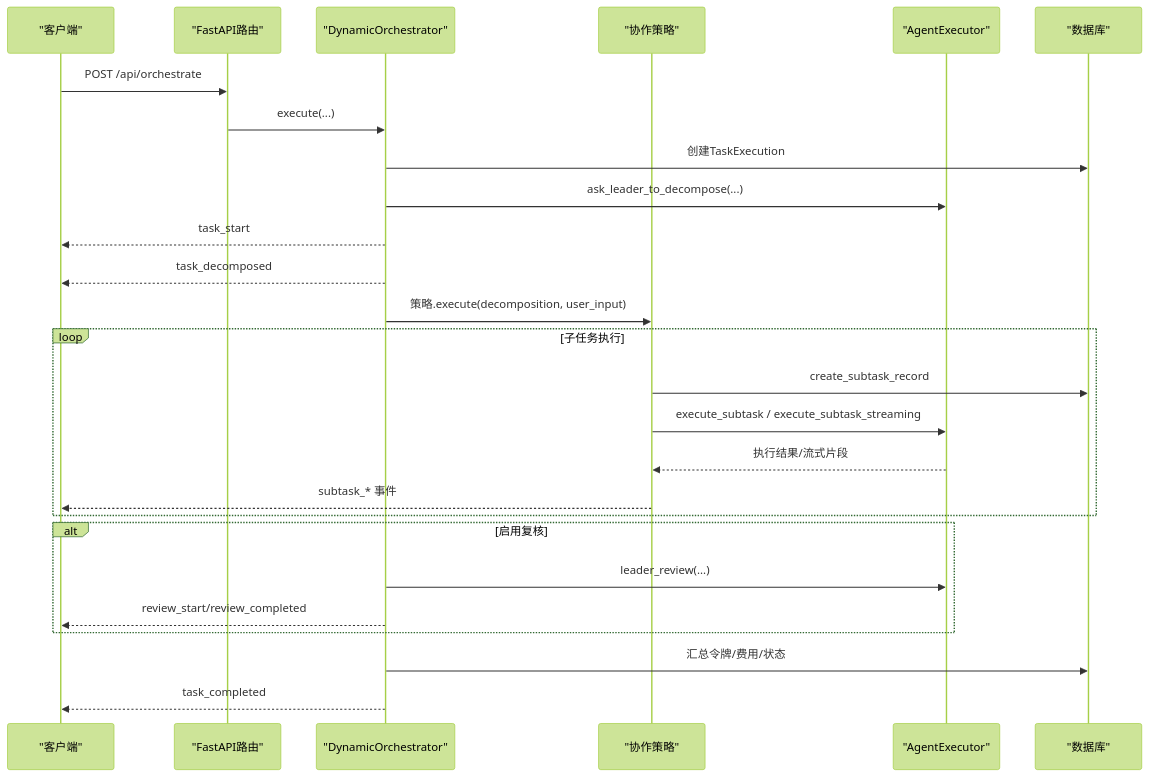
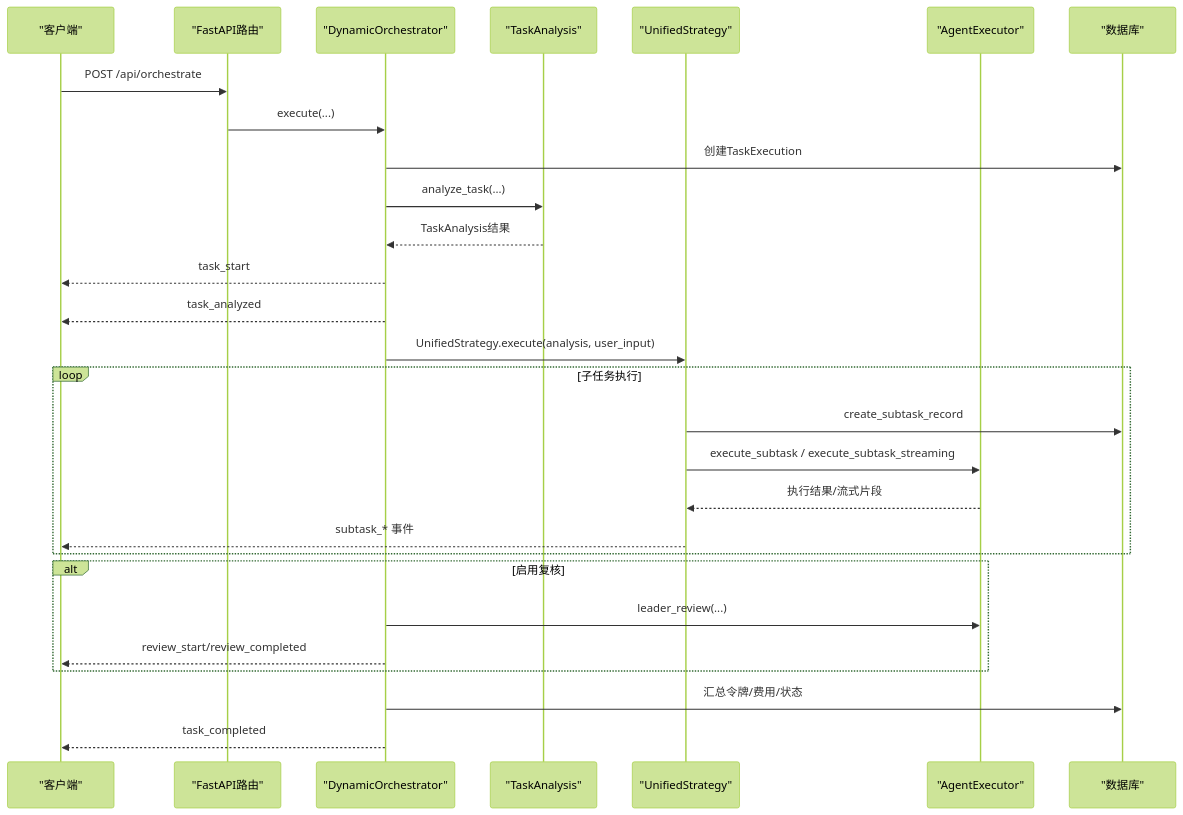
Before and after one commit to KunLabAI/KunFlix: the third of 8 diagrams in .qoder/repowiki/zh/content/后端服务架构/业务服务层/智能体执行服务/动态编排器.md, drawn with Mermaid (forest theme). The commit also changed other lines of this file and 9 other files, not shown here.

````diff
--- a/.qoder/repowiki/zh/content/后端服务架构/业务服务层/智能体执行服务/动态编排器.md
+++ b/.qoder/repowiki/zh/content/后端服务架构/业务服务层/智能体执行服务/动态编排器.md
@@ -153,28 +164,30 @@
 ```mermaid
 sequenceDiagram
 participant C as "客户端"
 participant R as "FastAPI路由"
 participant O as "DynamicOrchestrator"
-participant S as "协作策略"
+participant A as "TaskAnalysis"
+participant U as "UnifiedStrategy"
 participant E as "AgentExecutor"
 participant D as "数据库"
 C->>R : POST /api/orchestrate
 R->>O : execute(...)
 O->>D : 创建TaskExecution
-O->>E : ask_leader_to_decompose(...)
+O->>A : analyze_task(...)
+A-->>O : TaskAnalysis结果
 O-->>C : task_start
-O-->>C : task_decomposed
-O->>S : 策略.execute(decomposition, user_input)
+O-->>C : task_analyzed
+O->>U : UnifiedStrategy.execute(analysis, user_input)
 loop 子任务执行
-S->>D : create_subtask_record
-S->>E : execute_subtask / execute_subtask_streaming
-E-->>S : 执行结果/流式片段
-S-->>C : subtask_* 事件
+U->>D : create_subtask_record
+U->>E : execute_subtask / execute_subtask_streaming
+E-->>U : 执行结果/流式片段
+U-->>C : subtask_* 事件
 end
 alt 启用复核
 O->>E : leader_review(...)
 O-->>C : review_start/review_completed
 end
 O->>D : 汇总令牌/费用/状态
 O-->>C : task_completed
 ```
````
